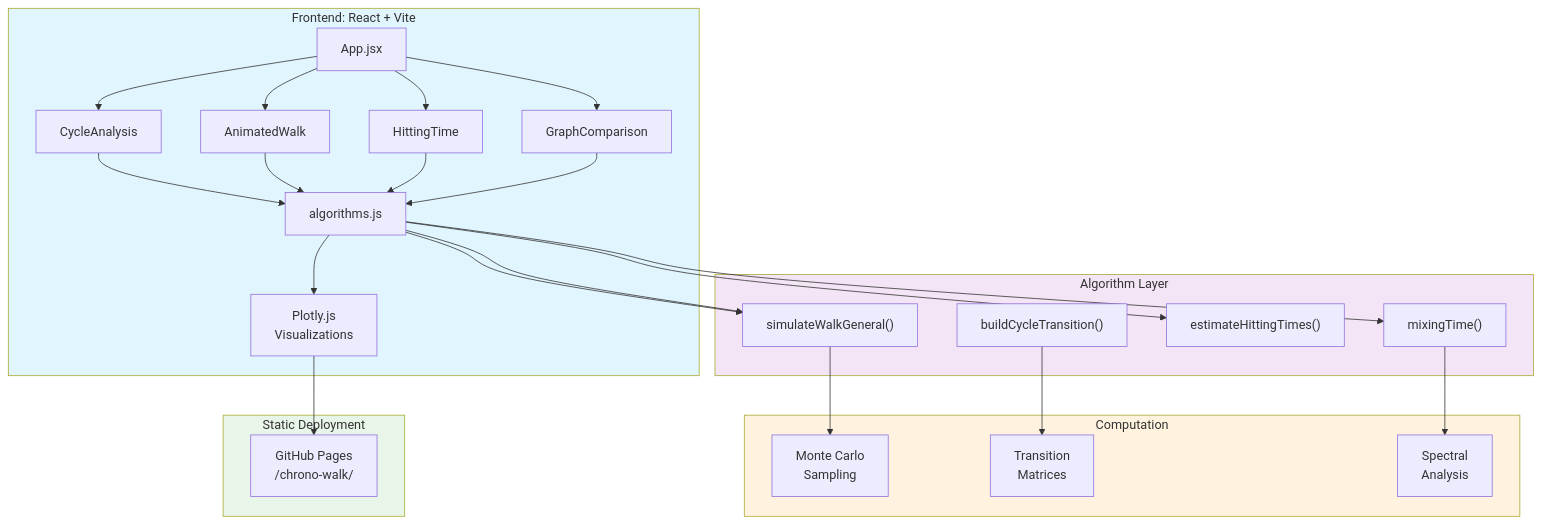
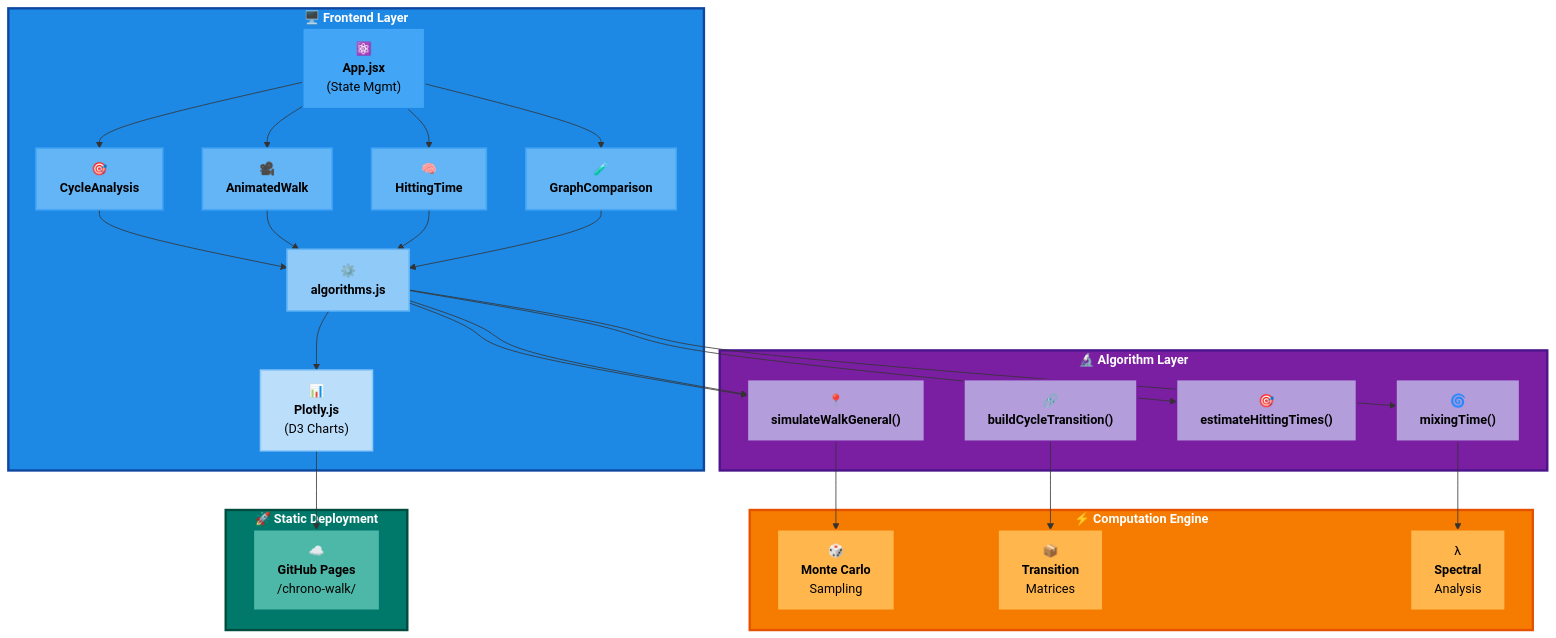
Before and after one commit to eric157/chrono-walk: the first of 3 diagrams in README.md, drawn with Mermaid. The commit also changed other lines of this file, not shown here.

Commit message:
Enhance visual design: vibrant mermaid diagrams, ASCII art boxes, better contrast, emojis, improved readability

````diff
--- a/README.md
+++ b/README.md
@@ -33,51 +61,66 @@
 ```mermaid
 graph TB
-    subgraph Frontend["Frontend: React + Vite"]
-        App["App.jsx"]
-        C1["CycleAnalysis"]
-        C2["AnimatedWalk"]
-        C3["HittingTime"]
-        C4["GraphComparison"]
-        Utils["algorithms.js"]
-        Plotly["Plotly.js<br/>Visualizations"]
+    subgraph Frontend["🖥️ <b>Frontend Layer</b>"]
+        App["⚛️<br/><b>App.jsx</b><br/>(State Mgmt)"]
+        C1["🎯<br/><b>CycleAnalysis</b>"]
+        C2["🎥<br/><b>AnimatedWalk</b>"]
+        C3["🧠<br/><b>HittingTime</b>"]
+        C4["🧪<br/><b>GraphComparison</b>"]
+        Utils["⚙️<br/><b>algorithms.js</b>"]
+        Plotly["📊<br/><b>Plotly.js</b><br/>(D3 Charts)"]
     end
     
-    subgraph Algorithms["Algorithm Layer"]
-        Sim["simulateWalkGeneral()"]
-        Build["buildCycleTransition()"]
-        Hit["estimateHittingTimes()"]
-        Mix["mixingTime()"]
+    subgraph Algorithms["🔬 <b>Algorithm Layer</b>"]
+        Sim["📍<br/><b>simulateWalkGeneral()</b>"]
+        Build["🔗<br/><b>buildCycleTransition()</b>"]
+        Hit["🎯<br/><b>estimateHittingTimes()</b>"]
+        Mix["🌀<br/><b>mixingTime()</b>"]
     end
     
-    subgraph Compute["Computation"]
-        MC["Monte Carlo<br/>Sampling"]
-        Matrix["Transition<br/>Matrices"]
-        Eigen["Spectral<br/>Analysis"]
+    subgraph Compute["⚡ <b>Computation Engine</b>"]
+        MC["🎲<br/><b>Monte Carlo</b><br/>Sampling"]
+        Matrix["📦<br/><b>Transition</b><br/>Matrices"]
+        Eigen["λ<br/><b>Spectral</b><br/>Analysis"]
     end
     
-    subgraph Output["Static Deployment"]
-        GH["GitHub Pages<br/>/chrono-walk/"]
+    subgraph Output["🚀 <b>Static Deployment</b>"]
+        GH["☁️<br/><b>GitHub Pages</b><br/>/chrono-walk/"]
     end
     
     App --> C1
     App --> C2
     App --> C3
     App --> C4
     
     C1 --> Utils --> Sim
     C2 --> Utils --> Sim
     C3 --> Utils --> Hit
     C4 --> Utils --> Mix
     
     Sim --> MC
     Build --> Matrix
     Mix --> Eigen
     
     Utils --> Plotly
     Plotly --> GH
     
-    style Frontend fill:#e1f5ff
-    style Algorithms fill:#f3e5f5
-    style Compute fill:#fff3e0
-    style Output fill:#e8f5e9
+    style Frontend fill:#1e88e5,stroke:#0d47a1,color:#fff,stroke-width:3px
+    style Algorithms fill:#7b1fa2,stroke:#4a148c,color:#fff,stroke-width:3px
+    style Compute fill:#f57c00,stroke:#e65100,color:#fff,stroke-width:3px
+    style Output fill:#00796b,stroke:#004d40,color:#fff,stroke-width:3px
+    style App fill:#42a5f5,stroke:#1e88e5,color:#000,stroke-width:2px
+    style C1 fill:#64b5f6,stroke:#42a5f5,color:#000,stroke-width:2px
+    style C2 fill:#64b5f6,stroke:#42a5f5,color:#000,stroke-width:2px
+    style C3 fill:#64b5f6,stroke:#42a5f5,color:#000,stroke-width:2px
+    style C4 fill:#64b5f6,stroke:#42a5f5,color:#000,stroke-width:2px
+    style Utils fill:#90caf9,stroke:#64b5f6,color:#000,stroke-width:2px
+    style Plotly fill:#bbdefb,stroke:#90caf9,color:#000,stroke-width:2px
+    style Sim fill:#b39ddb,stroke:#7b1fa2,color:#000,stroke-width:2px
+    style Build fill:#b39ddb,stroke:#7b1fa2,color:#000,stroke-width:2px
+    style Hit fill:#b39ddb,stroke:#7b1fa2,color:#000,stroke-width:2px
+    style Mix fill:#b39ddb,stroke:#7b1fa2,color:#000,stroke-width:2px
+    style MC fill:#ffb74d,stroke:#f57c00,color:#000,stroke-width:2px
+    style Matrix fill:#ffb74d,stroke:#f57c00,color:#000,stroke-width:2px
+    style Eigen fill:#ffb74d,stroke:#f57c00,color:#000,stroke-width:2px
+    style GH fill:#4db8a8,stroke:#00796b,color:#000,stroke-width:2px
 ```
````
